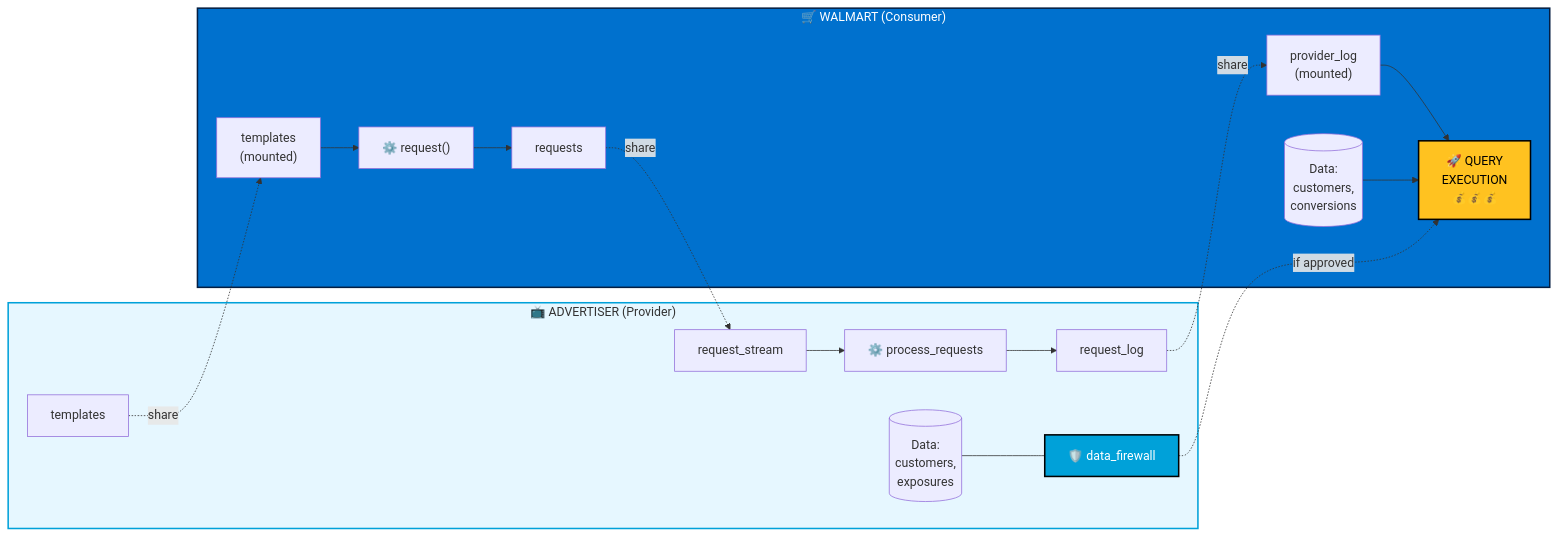
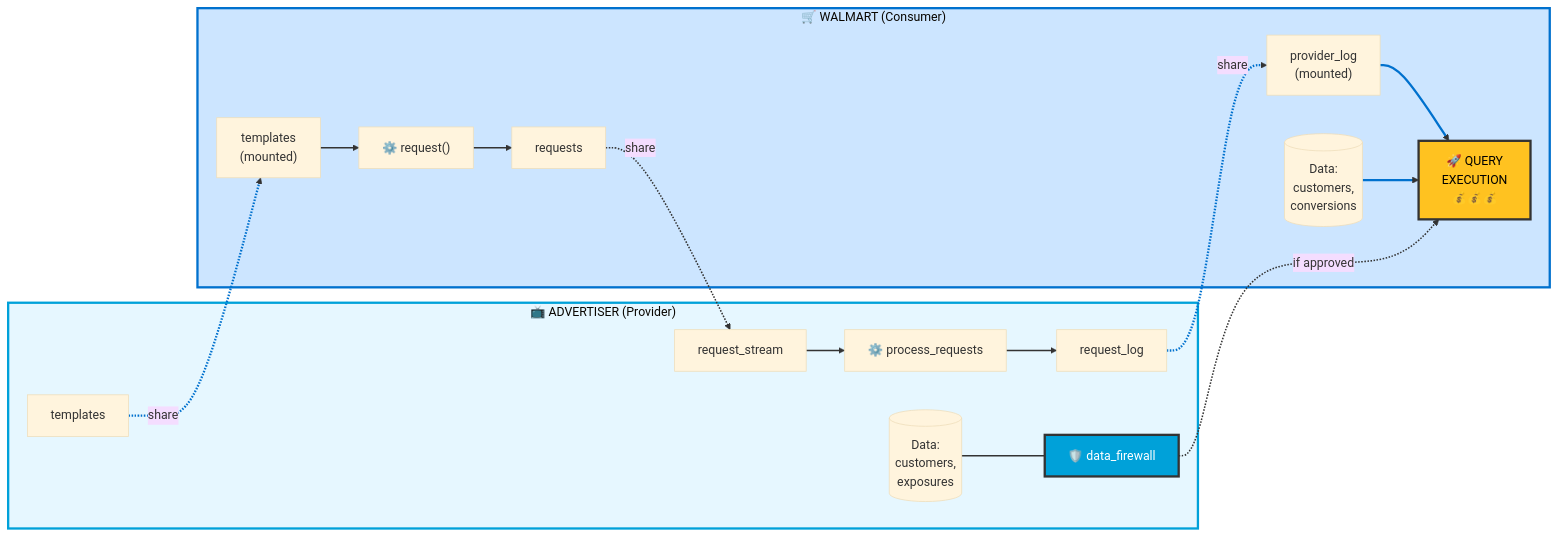
The first of 4 diagrams in DCR_Flow_and_Cost_Guide_WMT.md (sfc-gh-vshiv/sfquickstart-data-clean-room), drawn with Mermaid before and after one commit. The commit also changed 1 other file, not shown here.

Commit message:
Enhance DCR Flow and Cost Guide Mermaid diagrams with updated styles and configurations for improved visual clarity and consistency, including adjustments to stroke widths and colors for both advertiser and provider flows.

````diff
--- a/DCR_Flow_and_Cost_Guide_WMT.md
+++ b/DCR_Flow_and_Cost_Guide_WMT.md
@@ -20,37 +20,41 @@
 ```mermaid
+%%{init: {'theme': 'base', 'themeVariables': {'lineColor': '#333333'}}}%%
 flowchart LR
     subgraph ADVERTISER["📺 ADVERTISER (Provider)"]
         AD[("Data:<br/>customers,<br/>exposures")]
         ADF["🛡️ data_firewall"]
         AT["templates"]
         ARL["request_log"]
         ARS["request_stream"]
         APR["⚙️ process_requests"]
         
         AD --- ADF
         ARS --> APR --> ARL
     end
     
     subgraph WALMART["🛒 WALMART (Consumer)"]
         WD[("Data:<br/>customers,<br/>conversions")]
         WT["templates<br/>(mounted)"]
         WPL["provider_log<br/>(mounted)"]
         WRQ["requests"]
         WRP["⚙️ request()"]
         WQE["🚀 QUERY<br/>EXECUTION<br/>💰💰💰"]
         
         WT --> WRP --> WRQ
         WPL --> WQE
         WD --> WQE
     end
     
     AT -.->|"share"| WT
     ARL -.->|"share"| WPL
     WRQ -.->|"share"| ARS
     ADF -.->|"if approved"| WQE
     
-    style ADVERTISER fill:#e6f7ff,stroke:#00A1D9,stroke-width:2px
-    style WALMART fill:#0071ce,stroke:#041e42,stroke-width:2px,color:#fff
-    style WQE fill:#ffc220,stroke:#000,stroke-width:2px,color:#000
-    style ADF fill:#00A1D9,stroke:#000,stroke-width:2px,color:#fff
+    style ADVERTISER fill:#e6f7ff,stroke:#00A1D9,stroke-width:3px
+    style WALMART fill:#cce5ff,stroke:#0071ce,stroke-width:3px
+    style WQE fill:#ffc220,stroke:#333,stroke-width:3px,color:#000
+    style ADF fill:#00A1D9,stroke:#333,stroke-width:3px,color:#fff
+    
+    linkStyle default stroke:#333,stroke-width:2px
+    linkStyle 5,6,7,8 stroke:#0071ce,stroke-width:3px
 ```
````
